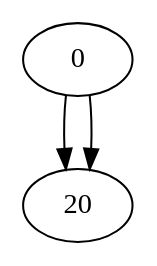
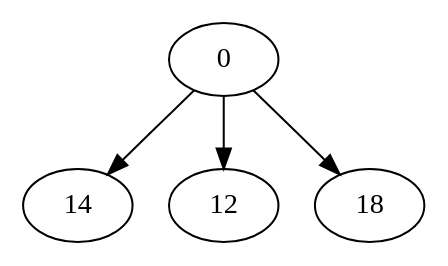
Before and after one commit to BitQuarkApps/Ahorcado-con-arboles: the diagram in obstaculos.dot, drawn with Graphviz. The commit also changed 2 other files, not shown here.

```diff
--- a/obstaculos.dot
+++ b/obstaculos.dot
@@ -1,7 +1,9 @@
 digraph tree {
     "0";
-    "20";
-    "20";
-    "0" -> "20";
-    "0" -> "20";
+    "14";
+    "12";
+    "18";
+    "0" -> "14";
+    "0" -> "12";
+    "0" -> "18";
 }
```
